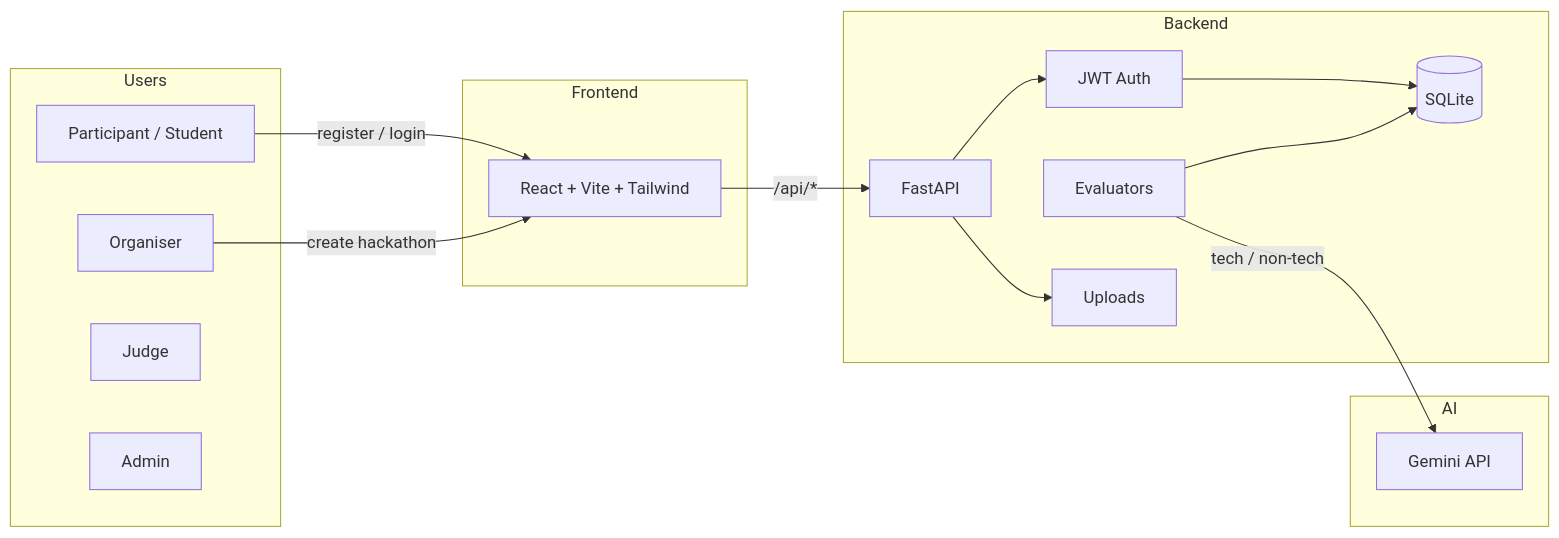
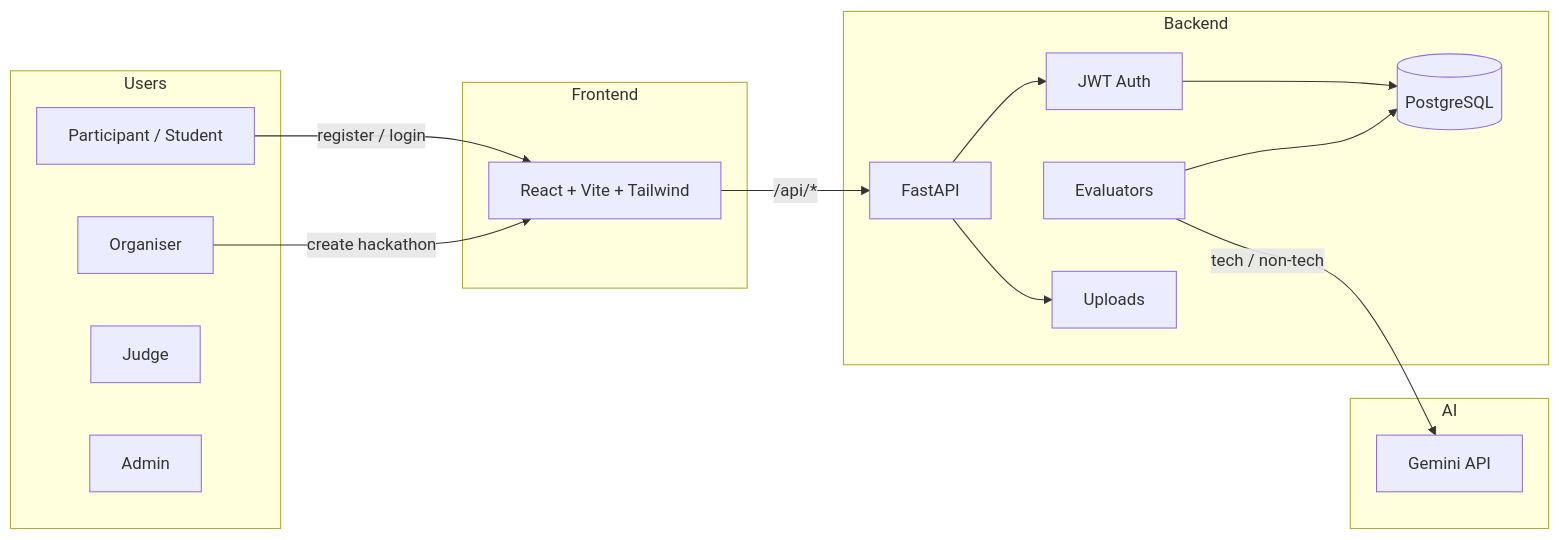
The first of 4 diagrams in README.md (Zethetaprojects/Zecathon), drawn with Mermaid before and after one commit. The commit also changed other lines of this file and 4 other files, not shown here.

Commit message:
feat: PostgreSQL service in Docker Compose with production override

````diff
--- a/README.md
+++ b/README.md
@@ -18,33 +18,33 @@
 ```mermaid
 flowchart LR
     subgraph Users
         P[Participant / Student]
         O[Organiser]
         J[Judge]
         A[Admin]
     end
 
     subgraph Frontend
         R[React + Vite + Tailwind]
     end
 
     subgraph Backend
         F[FastAPI]
         Auth[JWT Auth]
         Eval[Evaluators]
-        DB[(SQLite)]
+        DB[(PostgreSQL)]
         FS[Uploads]
     end
 
     subgraph AI
         G[Gemini API]
     end
 
     P -->|register / login| R
     O -->|create hackathon| R
     R -->|/api/*| F
     F --> Auth --> DB
     F --> FS
     Eval -->|tech / non-tech| G
     Eval --> DB
 ```
````
